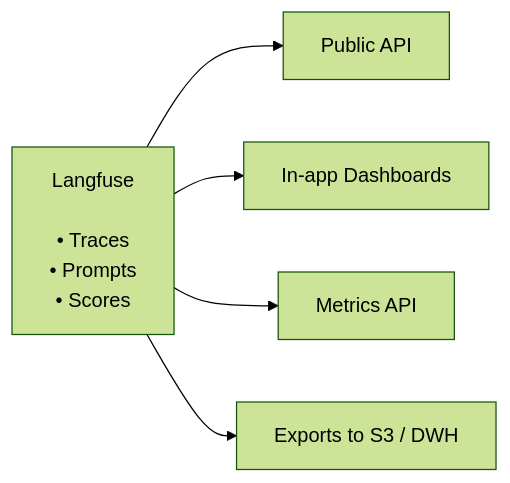
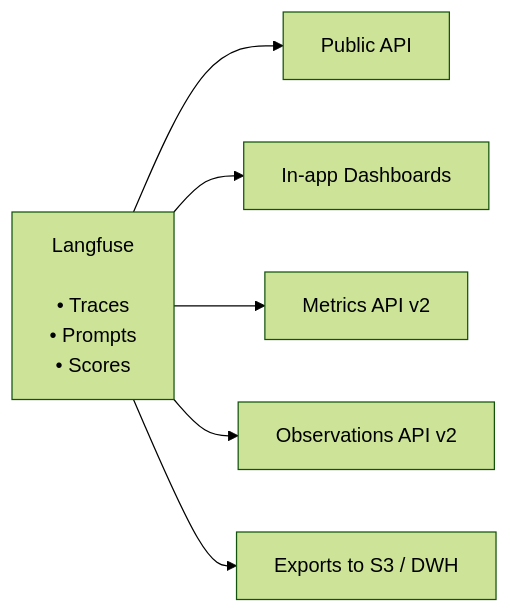
The diagram in content/docs/api-and-data-platform/overview.mdx (langfuse/langfuse-docs), drawn with Mermaid (forest theme) before and after one commit. The commit also changed other lines of this file and 5 other files, not shown here.

````diff
--- a/content/docs/api-and-data-platform/overview.mdx
+++ b/content/docs/api-and-data-platform/overview.mdx
@@ -18,9 +20,10 @@
 ```mermaid
 graph LR
     LF["Langfuse<br/><br/>• Traces<br/>• Prompts<br/>• Scores"]
 
     LF --> API["Public API"]
     LF --> Dash["In-app Dashboards"]
-    LF --> Metrics["Metrics API"]
+    LF --> Metrics["Metrics API v2"]
+    LF --> Observations["Observations API v2"]
     LF --> Export["Exports to S3 / DWH"]
 ```
````
